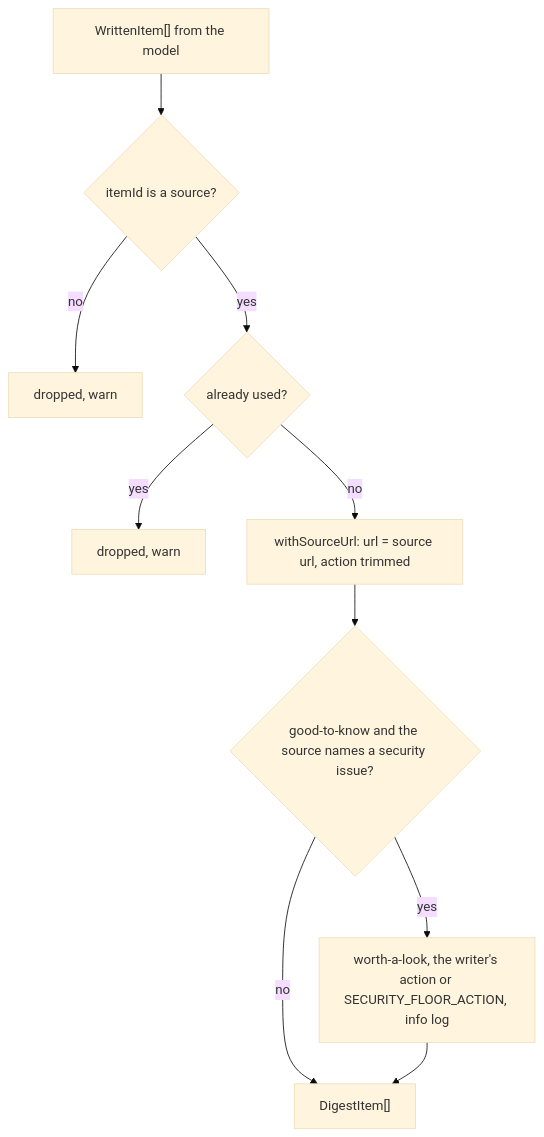
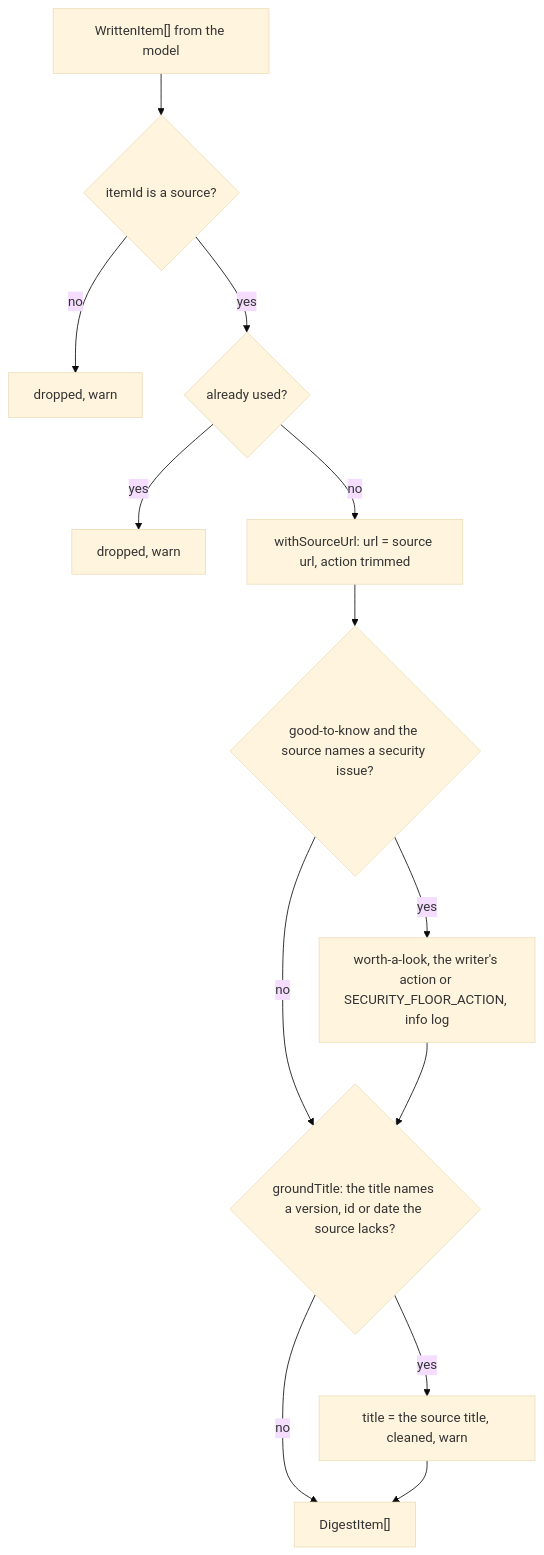
The diagram in src/write/provenance/CLAUDE.md (odere-pro/weekly-engineering-digest-agent), drawn with Mermaid (base theme) before and after one commit. The commit also changed other lines of this file and 8 other files, not shown here.

First line of the commit message:
feat(write): repair a title fact the source lacks (W12-02)

````diff
--- a/src/write/provenance/CLAUDE.md
+++ b/src/write/provenance/CLAUDE.md
@@ -9,11 +10,14 @@
 ```mermaid
 flowchart TD
   drafted["WrittenItem[] from the model"] --> known{"itemId is a source?"}
   known -->|no| drop1["dropped, warn"]
   known -->|yes| seen{"already used?"}
   seen -->|yes| drop2["dropped, warn"]
   seen -->|no| url["withSourceUrl: url = source url, action trimmed"]
   url --> floor{"good-to-know and the source names a security issue?"}
-  floor -->|no| out["DigestItem[]"]
-  floor -->|yes| raise["worth-a-look, the writer's action or SECURITY_FLOOR_ACTION, info log"] --> out
+  floor -->|no| ground
+  floor -->|yes| raise["worth-a-look, the writer's action or SECURITY_FLOOR_ACTION, info log"] --> ground
+  ground{"groundTitle: the title names a version, id or date the source lacks?"}
+  ground -->|no| out["DigestItem[]"]
+  ground -->|yes| repair["title = the source title, cleaned, warn"] --> out
 ```
````
